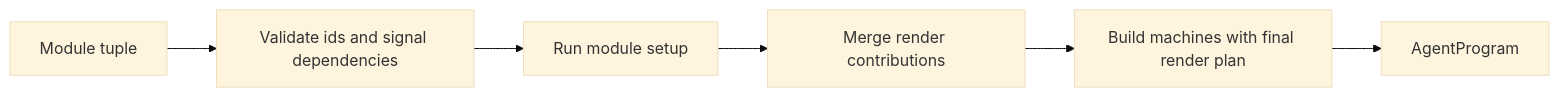
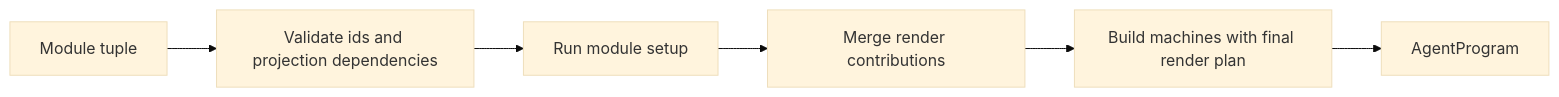
One commit to clavia-labs/tardigrade changed the first of 2 diagrams in docs/architecture.md. Above: the diagram before and after it, drawn with Mermaid (base theme). The commit also changed other lines of this file and 43 other files, not shown here.

````diff
--- a/docs/architecture.md
+++ b/docs/architecture.md
@@ -5,8 +5,8 @@
 ```mermaid
 flowchart LR
-  M[Module tuple] --> V[Validate ids and signal dependencies]
+  M[Module tuple] --> V[Validate ids and projection dependencies]
   V --> S[Run module setup]
   S --> R[Merge render contributions]
   R --> K[Build machines with final render plan]
   K --> P[AgentProgram]
 ```
````
